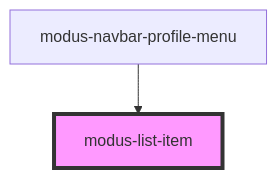
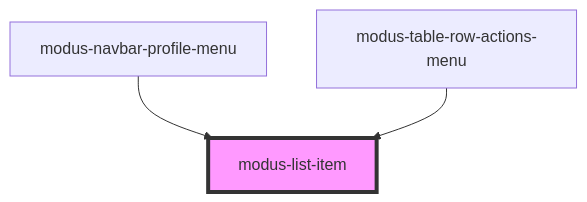
The diagram in stencil-workspace/src/components/modus-list-item/readme.md (trimble-oss/modus-web-components), drawn with Mermaid before and after one commit. The commit also changed other lines of this file and 52 other files, not shown here.

First line of the commit message:
Added Modus Table - Row Actions (#1881)

````diff
--- a/stencil-workspace/src/components/modus-list-item/readme.md
+++ b/stencil-workspace/src/components/modus-list-item/readme.md
@@ -33,5 +47,6 @@
 ```mermaid
 graph TD;
   modus-navbar-profile-menu --> modus-list-item
+  modus-table-row-actions-menu --> modus-list-item
   style modus-list-item fill:#f9f,stroke:#333,stroke-width:4px
 ```
````
